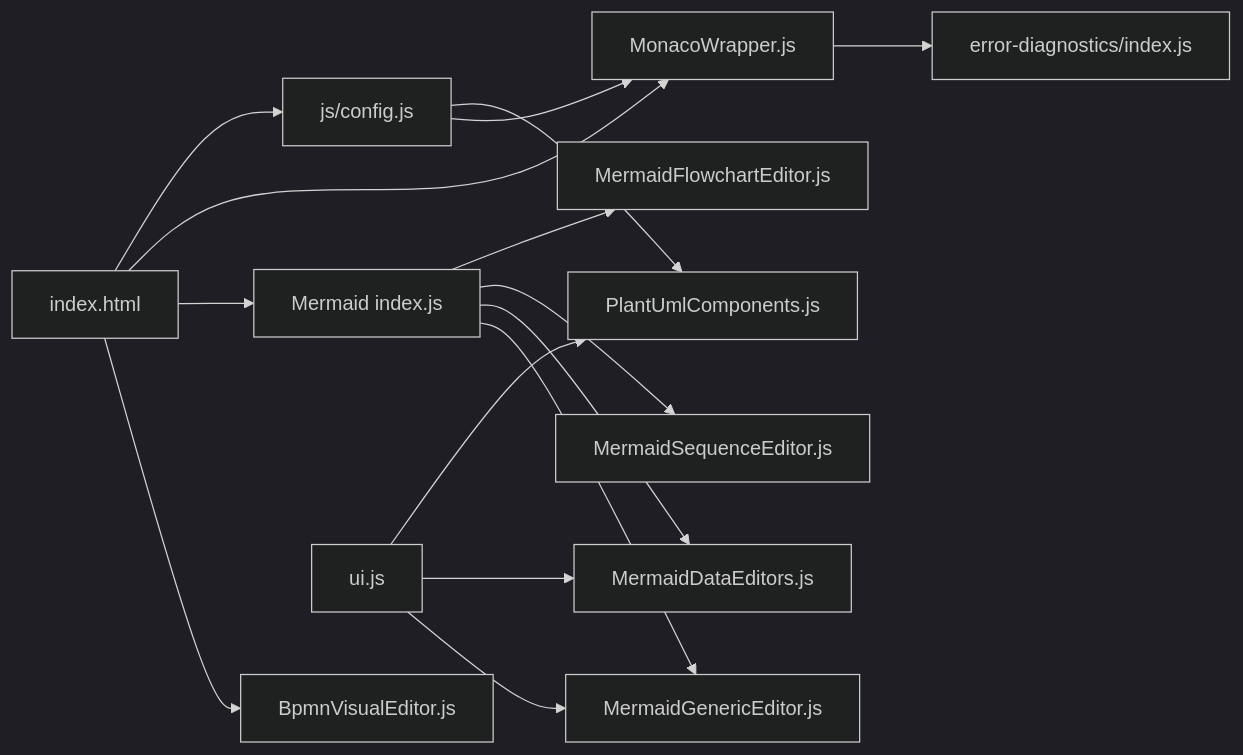
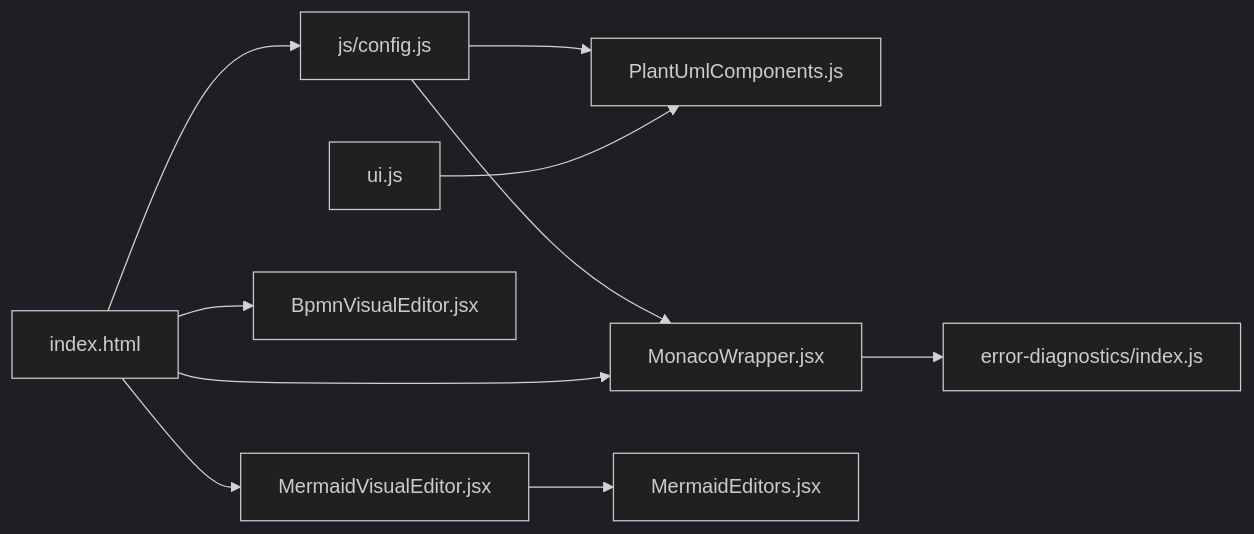
Before and after one commit to ongchonghian/universal-diagram-editor: the eighth of 8 diagrams in .qoder/repowiki/en/content/Template System and Snippets.md, drawn with Mermaid (dark theme). The commit also changed other lines of this file and 31 other files, not shown here.

````diff
--- a/.qoder/repowiki/en/content/Template System and Snippets.md
+++ b/.qoder/repowiki/en/content/Template System and Snippets.md
@@ -421,17 +375,12 @@
 ```mermaid
 graph LR
 CFG["js/config.js"] --> PUC["PlantUmlComponents.js"]
-CFG --> MW["MonacoWrapper.js"]
+CFG --> MW["MonacoWrapper.jsx"]
 IDX["index.html"] --> CFG
 IDX --> MW
-IDX --> MEI["Mermaid index.js"]
-MEI --> MFE["MermaidFlowchartEditor.js"]
-MEI --> MSE["MermaidSequenceEditor.js"]
-MEI --> MDE["MermaidDataEditors.js"]
-MEI --> MGE["MermaidGenericEditor.js"]
+IDX --> MEI["MermaidVisualEditor.jsx"]
+MEI --> MED["MermaidEditors.jsx"]
 MW --> EDI["error-diagnostics/index.js"]
-IDX --> BVE["BpmnVisualEditor.js"]
+IDX --> BVE["BpmnVisualEditor.jsx"]
 END["ui.js"] --> PUC
-END --> MDE
-END --> MGE
 ```
````
